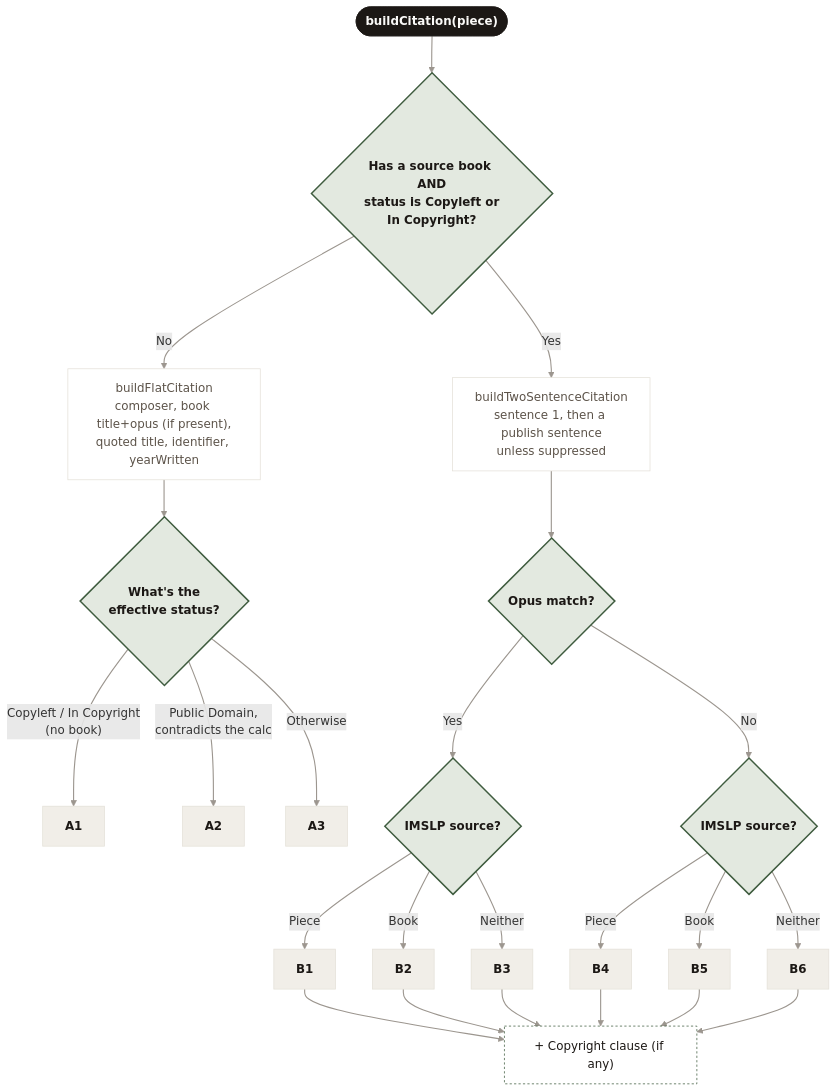
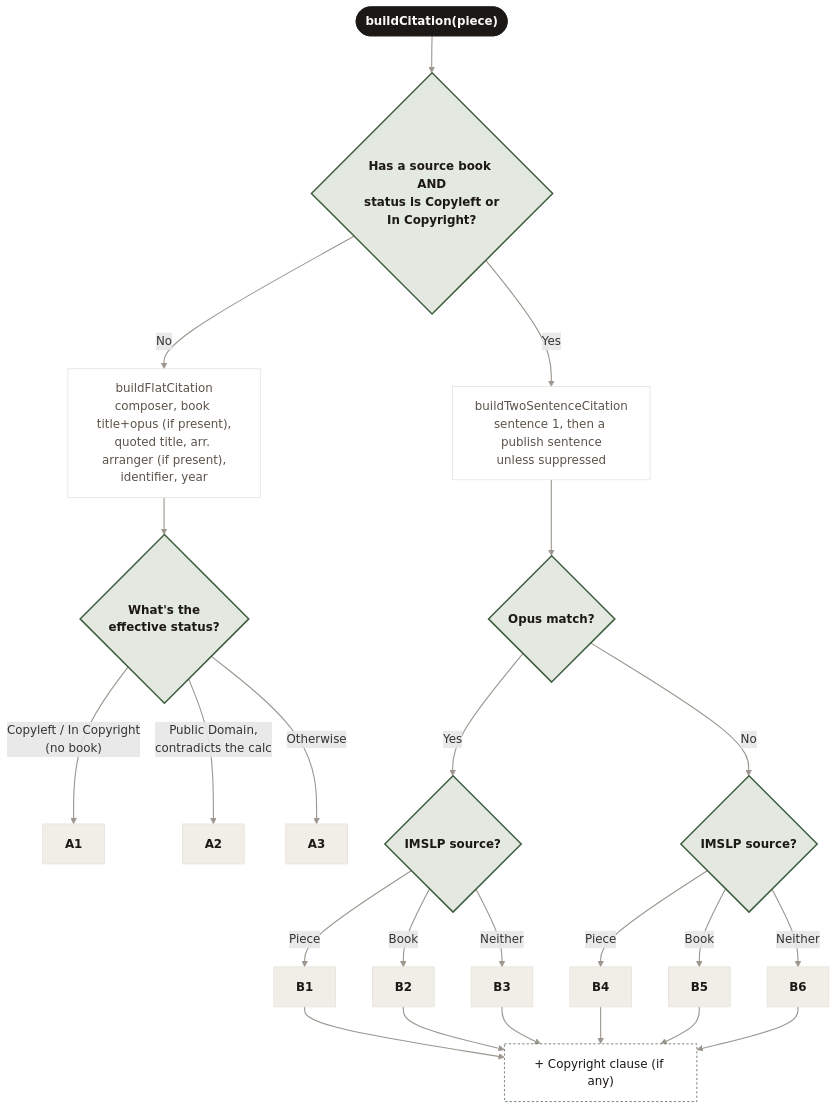
The diagram in frontend/src/assets/diagrams/citation-logic-flowchart.mmd (jpcranford/sonneck), drawn with Mermaid before and after one commit. The commit also changed 7 other files, not shown here.

```diff
--- a/frontend/src/assets/diagrams/citation-logic-flowchart.mmd
+++ b/frontend/src/assets/diagrams/citation-logic-flowchart.mmd
@@ -1,59 +1,59 @@
 %% Source for CitationLogicMockup.tsx's flowchart image — mirrors
 %% internal/handlers/citation.go's own branching (buildCitation /
 %% buildFlatCitation / buildTwoSentenceCitation). Regenerate the sibling
 %% .svg after any edit here (from frontend/src/assets/diagrams/):
 %%   npx -y @mermaid-js/mermaid-cli -i citation-logic-flowchart.mmd \
 %%     -o citation-logic-flowchart.svg \
 %%     -c citation-logic-flowchart.config.json -b transparent
 %% Leaf labels (A1-A3, B1-B6) are cross-referenced by the same IDs in the
 %% real page's leaf-example grid/table below the image — keep both in sync;
 %% see memory frontend_citation_logic_mockup.md for the full standing rule.
 %% Path B's leaf boxes deliberately stay terse ("B1", not the full pattern
 %% text) — the decisions themselves (opus match, IMSLP source) are real
 %% diamonds here, but each leaf's actual worked example lives only in the
 %% Path B table below, not duplicated onto the diagram a second time.
 flowchart TD
     Start(["buildCitation(piece)"])
     D1{"Has a source book AND<br/>status is Copyleft or<br/>In Copyright?"}
     Start --> D1
 
-    D1 -- No --> Flat["buildFlatCitation<br/>composer, book title+opus (if present),<br/>quoted title, identifier, yearWritten"]
+    D1 -- No --> Flat["buildFlatCitation<br/>composer, book title+opus (if present),<br/>quoted title, arr. arranger (if present),<br/>identifier, year"]
     D1 -- Yes --> Two["buildTwoSentenceCitation<br/>sentence 1, then a publish sentence<br/>unless suppressed"]
 
     Flat --> D2{"What's the<br/>effective status?"}
     D2 -- "Copyleft / In Copyright<br/>(no book)" --> A1["A1"]
     D2 -- "Public Domain,<br/>contradicts the calc" --> A2["A2"]
     D2 -- "Otherwise" --> A3["A3"]
 
     Two --> D3{"Opus match?"}
     D3 -- Yes --> D4{"IMSLP source?"}
     D3 -- No --> D5{"IMSLP source?"}
 
     D4 -- Piece --> B1["B1"]
     D4 -- Book --> B2["B2"]
     D4 -- Neither --> B3["B3"]
 
     D5 -- Piece --> B4["B4"]
     D5 -- Book --> B5["B5"]
     D5 -- Neither --> B6["B6"]
 
     B1 --> CC["+ Copyright clause (if any)"]
     B2 --> CC
     B3 --> CC
     B4 --> CC
     B5 --> CC
     B6 --> CC
 
     classDef startNode fill:#1c1815,stroke:#1c1815,color:#fbfaf8,font-weight:bold,rx:20,ry:20;
     classDef decision fill:#e3e9e0,stroke:#3f5c3f,stroke-width:2px,color:#1c1815,font-weight:bold;
     classDef step fill:#ffffff,stroke:#e4e0d8,color:#5c5349;
     classDef leaf fill:#f1eee8,stroke:#e4e0d8,color:#1c1815,font-weight:bold;
     classDef converge fill:#ffffff,stroke:#3f5c3f,color:#1c1815,stroke-dasharray: 3 3;
 
     class Start startNode
     class D1,D2,D3,D4,D5 decision
     class Flat,Two step
     class A1,A2,A3,B1,B2,B3,B4,B5,B6 leaf
     class CC converge
 
     linkStyle default stroke:#9c968f,stroke-width:1.5px;
```
